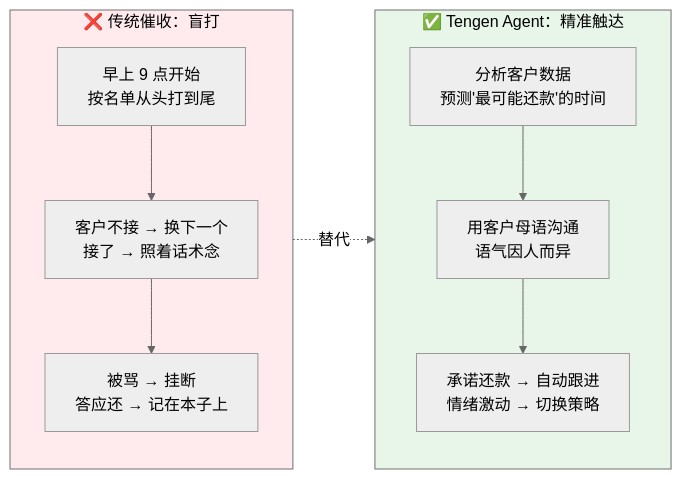
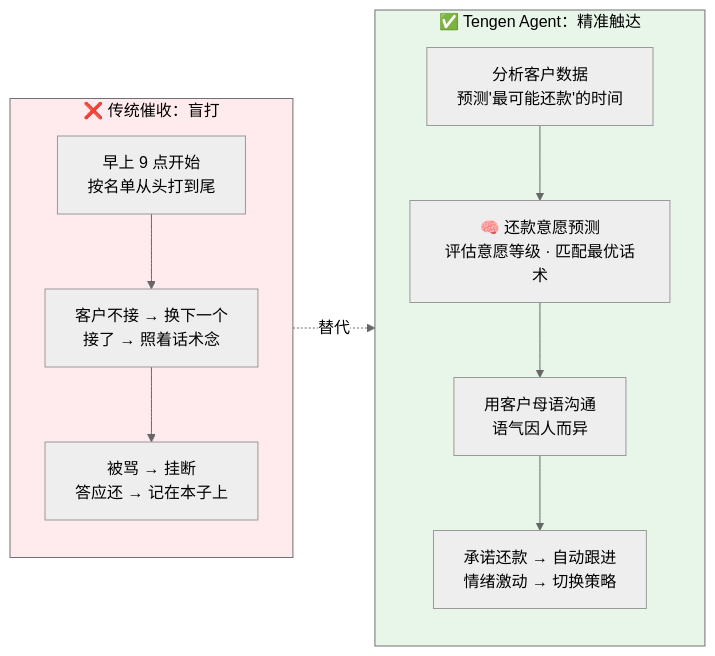
Before and after one commit to CodePothunter/lingque: the fifth of 10 diagrams in docs/VC_TENGEN_AI.md, drawn with Mermaid (neutral theme). The commit also changed other lines of this file, not shown here.

````diff
--- a/docs/VC_TENGEN_AI.md
+++ b/docs/VC_TENGEN_AI.md
@@ -293,23 +293,24 @@
 ```mermaid
 flowchart LR
     subgraph BEFORE["❌ 传统催收：盲打"]
         direction TB
         B1["早上 9 点开始<br/>按名单从头打到尾"]
         B2["客户不接 → 换下一个<br/>接了 → 照着话术念"]
         B3["被骂 → 挂断<br/>答应还 → 记在本子上"]
         B1 --> B2 --> B3
     end
 
     subgraph AFTER["✅ Tengen Agent：精准触达"]
         direction TB
         A1["分析客户数据<br/>预测'最可能还款'的时间"]
+        A1b["🧠 还款意愿预测<br/>评估意愿等级 · 匹配最优话术"]
         A2["用客户母语沟通<br/>语气因人而异"]
         A3["承诺还款 → 自动跟进<br/>情绪激动 → 切换策略"]
-        A1 --> A2 --> A3
+        A1 --> A1b --> A2 --> A3
     end
 
     BEFORE -.->|"替代"| AFTER
 
     style BEFORE fill:#FFEBEE,color:#000
     style AFTER fill:#E8F5E9,color:#000
 ```
````
